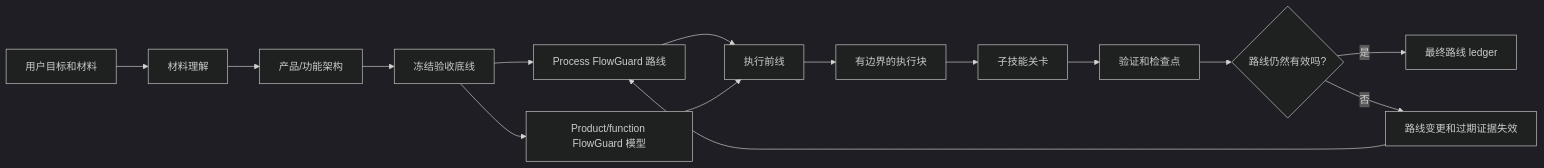
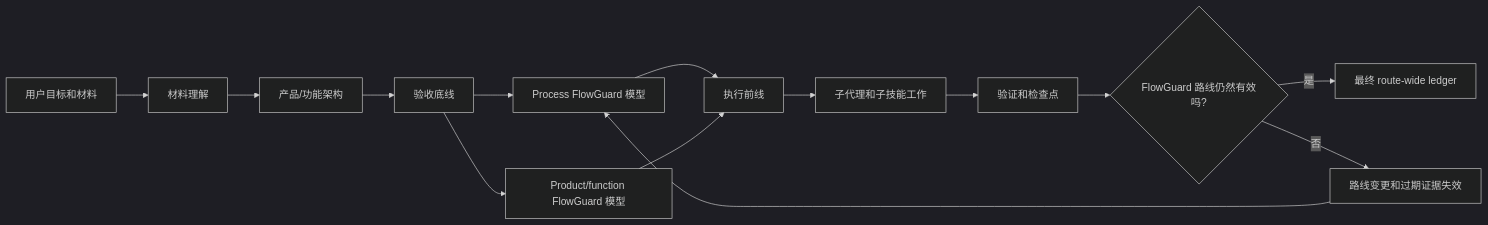
One commit to liuyingxuvka/FlowPilot changed the second of 2 diagrams in README.md. Above: the diagram before and after it, drawn with Mermaid (dark theme). The commit also changed other lines of this file and 2 other files, not shown here.

Commit message:
Refocus landing README on FlowGuard foundation

````diff
--- a/README.md
+++ b/README.md
@@ -328,17 +376,16 @@
 ```mermaid
 flowchart LR
   A["用户目标和材料"] --> B["材料理解"]
   B --> C["产品/功能架构"]
-  C --> D["冻结验收底线"]
-  D --> E["Process FlowGuard 路线"]
+  C --> D["验收底线"]
+  D --> E["Process FlowGuard 模型"]
   D --> F["Product/function FlowGuard 模型"]
   E --> G["执行前线"]
   F --> G
-  G --> H["有边界的执行块"]
-  H --> I["子技能关卡"]
-  I --> J["验证和检查点"]
-  J --> K{"路线仍然有效吗?"}
-  K -- "是" --> L["最终路线 ledger"]
-  K -- "否" --> M["路线变更和过期证据失效"]
-  M --> E
+  G --> H["子代理和子技能工作"]
+  H --> I["验证和检查点"]
+  I --> J{"FlowGuard 路线仍然有效吗?"}
+  J -- "是" --> K["最终 route-wide ledger"]
+  J -- "否" --> L["路线变更和过期证据失效"]
+  L --> E
 ```
````
